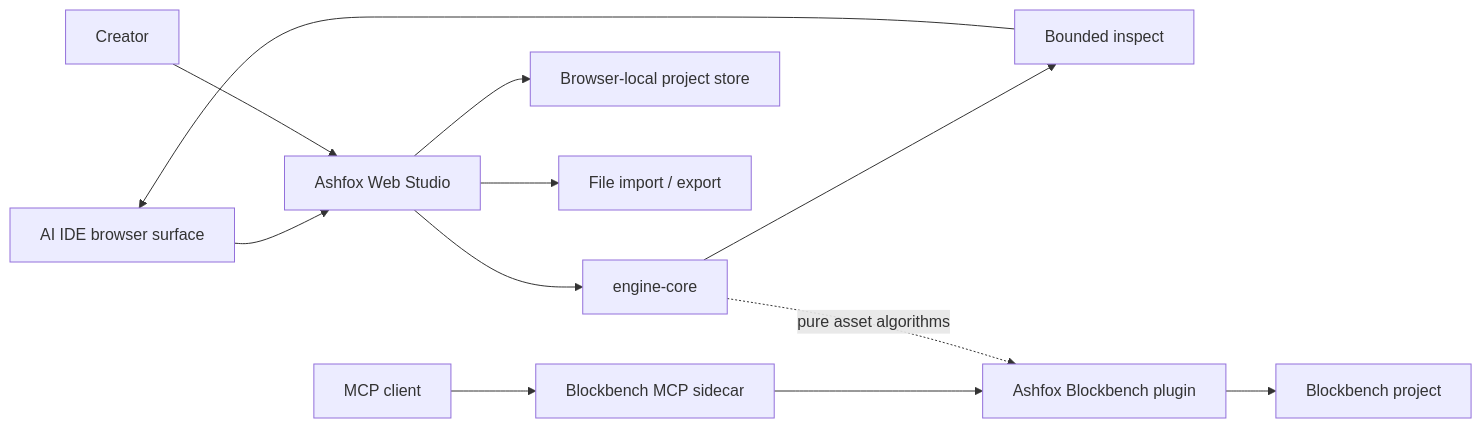
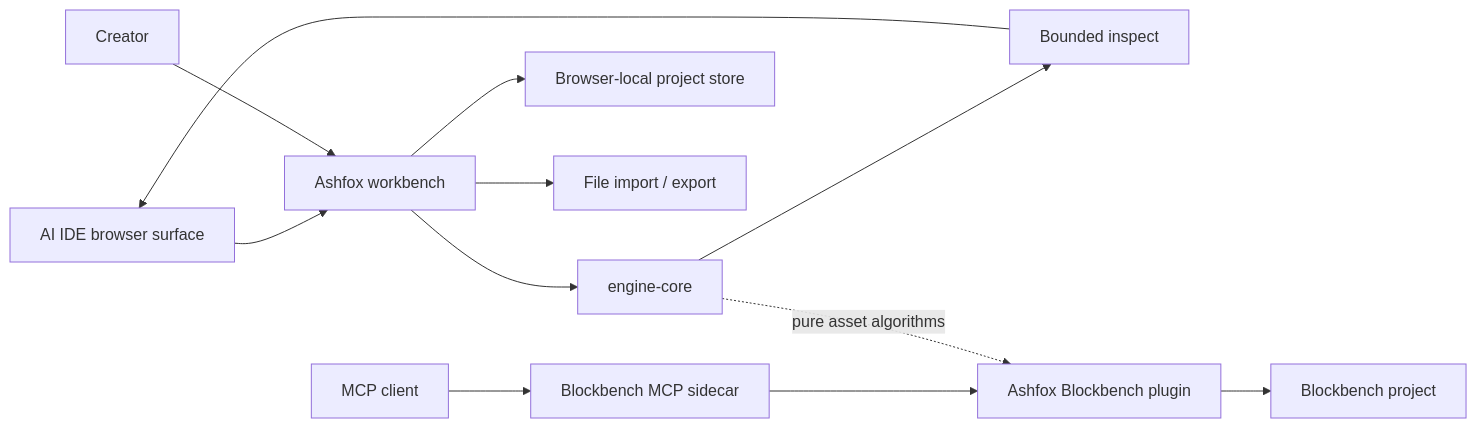
One commit to sigee-min/Ashfox changed the diagram in docs/architecture/overview.md. Above: the diagram before and after it, drawn with Mermaid. The commit also changed other lines of this file and 159 other files, not shown here.

````diff
--- a/docs/architecture/overview.md
+++ b/docs/architecture/overview.md
@@ -7,16 +7,16 @@
 ```mermaid
 flowchart LR
-    AgentIDE["AI IDE browser surface"] --> Web["Ashfox Web Studio"]
+    AgentIDE["AI IDE browser surface"] --> Web["Ashfox workbench"]
     User["Creator"] --> Web
     Web --> Engine["engine-core"]
     Web --> BrowserStore["Browser-local project store"]
     Web --> Files["File import / export"]
     Engine --> Inspect["Bounded inspect"]
     Inspect --> AgentIDE
 
     McpClient["MCP client"] --> Sidecar["Blockbench MCP sidecar"]
     Sidecar --> Plugin["Ashfox Blockbench plugin"]
     Plugin --> Blockbench["Blockbench project"]
 
     Engine -. "pure asset algorithms" .-> Plugin
 ```
````
